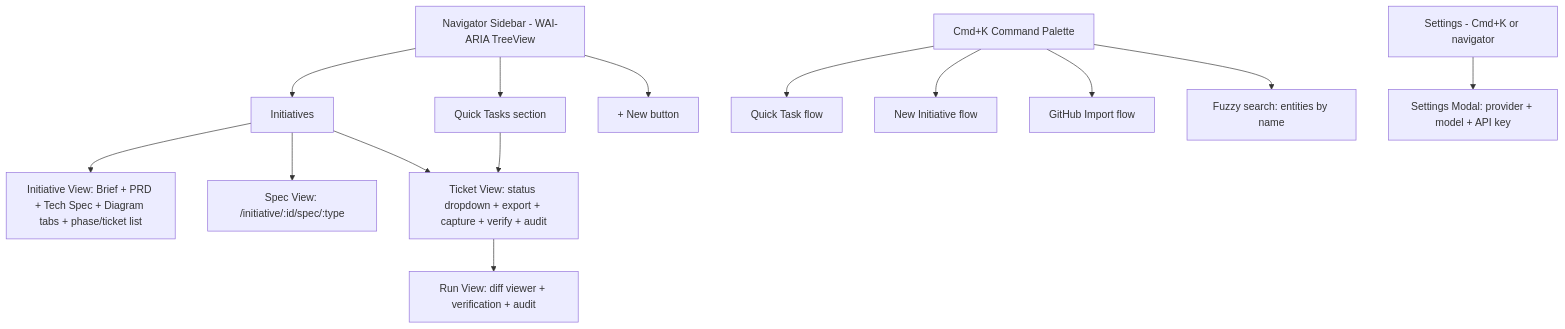
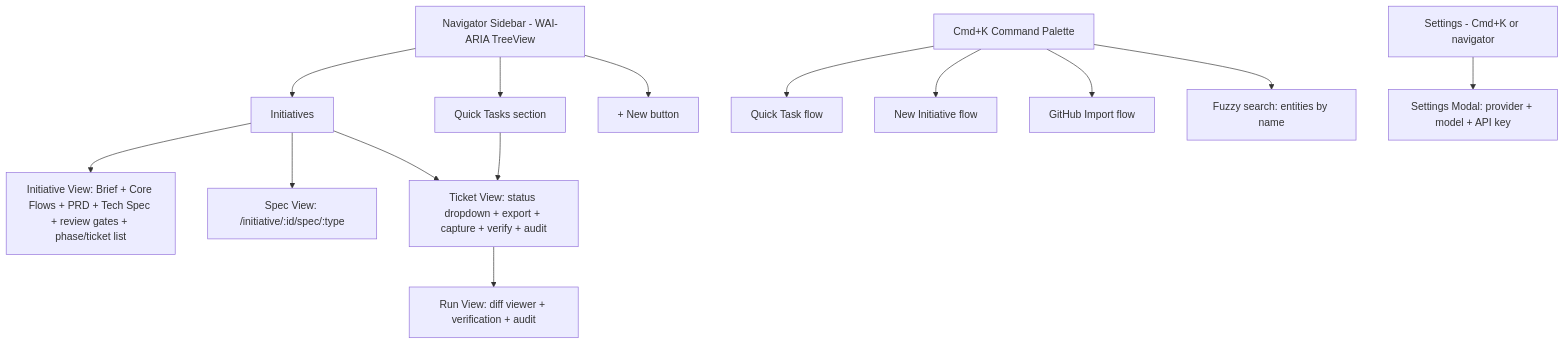
The second of 2 diagrams in docs/workflows.md (mtmitchel/SpecFlow), drawn with Mermaid before and after one commit. The commit also changed other lines of this file and 59 other files, not shown here.

Commit message:
Implement review-gated planning flow and refresh docs

````diff
--- a/docs/workflows.md
+++ b/docs/workflows.md
@@ -143,18 +145,18 @@
 ```mermaid
 graph TD
     Nav[Navigator Sidebar - WAI-ARIA TreeView] --> Initiatives
     Nav --> QuickTasks[Quick Tasks section]
     Nav --> NewBtn[+ New button]
     CmdK[Cmd+K Command Palette] --> QT[Quick Task flow]
     CmdK --> NI[New Initiative flow]
     CmdK --> GH[GitHub Import flow]
     CmdK --> Search[Fuzzy search: entities by name]
 
-    Initiatives --> InitiativeView[Initiative View: Brief + PRD + Tech Spec + Diagram tabs + phase/ticket list]
+    Initiatives --> InitiativeView[Initiative View: Brief + Core Flows + PRD + Tech Spec + review gates + phase/ticket list]
     Initiatives --> SpecView[Spec View: /initiative/:id/spec/:type]
     Initiatives --> TicketView
     QuickTasks --> TicketView[Ticket View: status dropdown + export + capture + verify + audit]
     TicketView --> RunView[Run View: diff viewer + verification + audit]
 
     Settings[Settings - Cmd+K or navigator] --> SettingsModal[Settings Modal: provider + model + API key]
 ```
````
